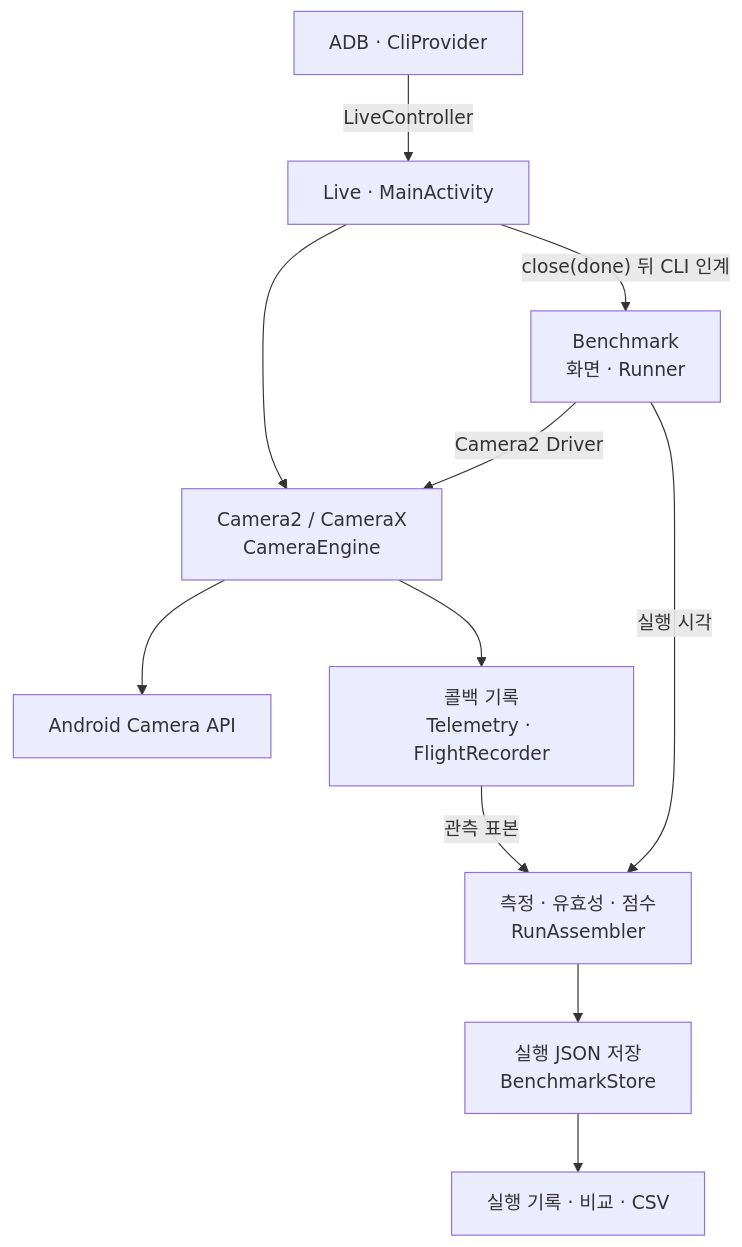
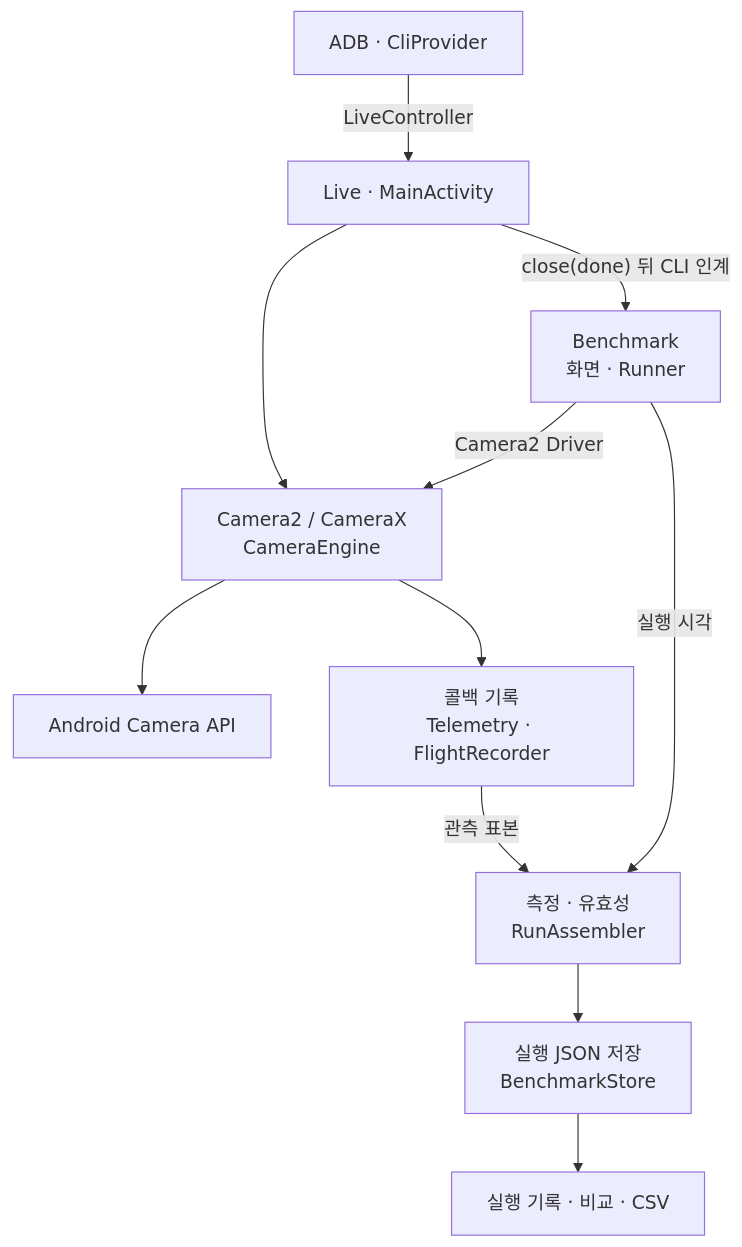
Before and after one commit to TTolsun/hal-camera: the first of 6 diagrams in guide/architecture.md, drawn with Mermaid. The commit also changed other lines of this file and 41 other files, not shown here.

````diff
--- a/guide/architecture.md
+++ b/guide/architecture.md
@@ -67,13 +66,13 @@
 ```mermaid
 graph TB
     live["Live · MainActivity"] --> engines["Camera2 / CameraX<br/>CameraEngine"]
     cli["ADB · CliProvider"] -->|"LiveController"| live
     bench["Benchmark<br/>화면 · Runner"] -->|"Camera2 Driver"| engines
     live -->|"close(done) 뒤 CLI 인계"| bench
     engines --> api["Android Camera API"]
     engines --> events["콜백 기록<br/>Telemetry · FlightRecorder"]
-    bench -->|"실행 시각"| evaluate["측정 · 유효성 · 점수<br/>RunAssembler"]
+    bench -->|"실행 시각"| evaluate["측정 · 유효성<br/>RunAssembler"]
     events -->|"관측 표본"| evaluate
     evaluate --> files["실행 JSON 저장<br/>BenchmarkStore"]
     files --> results["실행 기록 · 비교 · CSV"]
 ```
````
